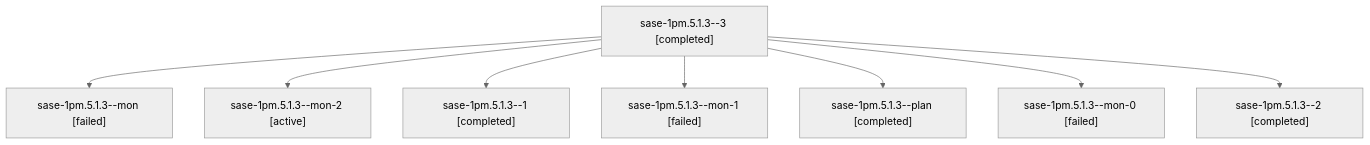
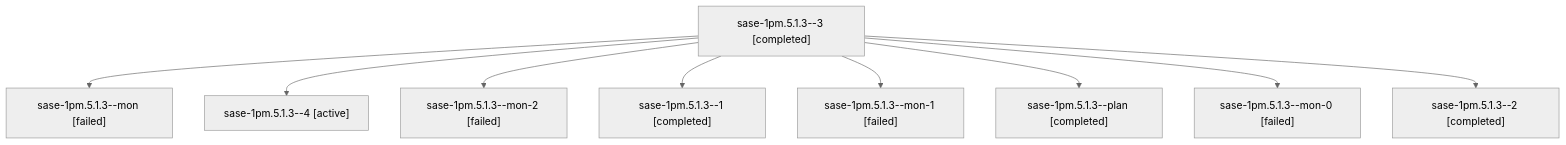
One commit to sase-org/sase--agents changed the diagram in sessions/bbugyi200.athena.sase-1pm.5.1.3.md. Above: the diagram before and after it, drawn with Mermaid (neutral theme). The commit also changed other lines of this file and 104 other files, not shown here.

````diff
--- a/sessions/bbugyi200.athena.sase-1pm.5.1.3.md
+++ b/sessions/bbugyi200.athena.sase-1pm.5.1.3.md
@@ -9,18 +9,20 @@
 ```mermaid
 flowchart TD
   n0["sase-1pm.5.1.3--3 [completed]"]
   n1["sase-1pm.5.1.3--mon [failed]"]
   n0 --> n1
-  n2["sase-1pm.5.1.3--mon-2 [active]"]
+  n2["sase-1pm.5.1.3--4 [active]"]
   n0 --> n2
-  n3["sase-1pm.5.1.3--1 [completed]"]
+  n3["sase-1pm.5.1.3--mon-2 [failed]"]
   n0 --> n3
-  n4["sase-1pm.5.1.3--mon-1 [failed]"]
+  n4["sase-1pm.5.1.3--1 [completed]"]
   n0 --> n4
-  n5["sase-1pm.5.1.3--plan [completed]"]
+  n5["sase-1pm.5.1.3--mon-1 [failed]"]
   n0 --> n5
-  n6["sase-1pm.5.1.3--mon-0 [failed]"]
+  n6["sase-1pm.5.1.3--plan [completed]"]
   n0 --> n6
-  n7["sase-1pm.5.1.3--2 [completed]"]
+  n7["sase-1pm.5.1.3--mon-0 [failed]"]
   n0 --> n7
+  n8["sase-1pm.5.1.3--2 [completed]"]
+  n0 --> n8
 ```
````
